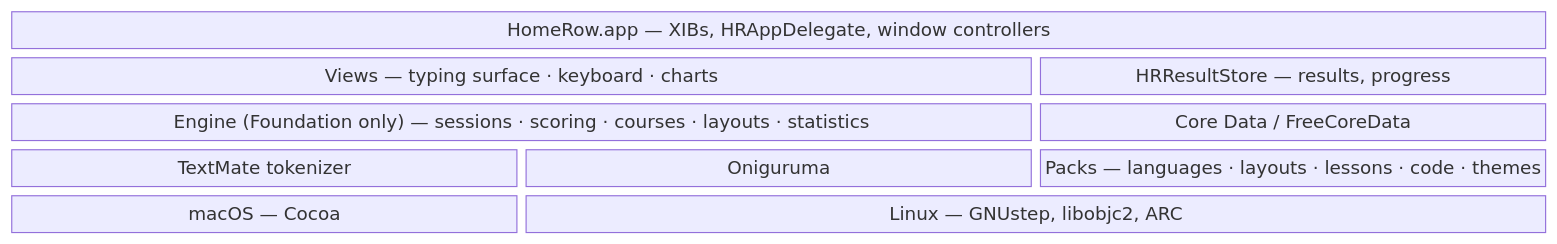
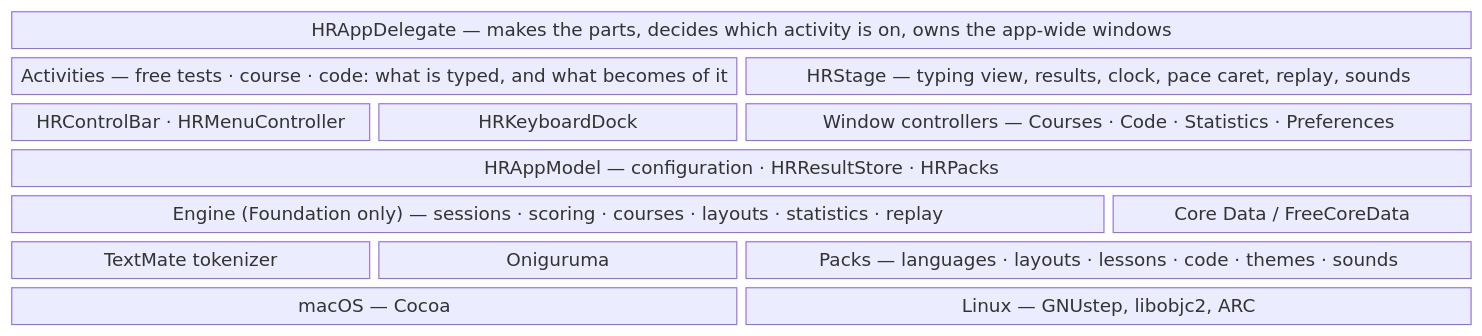
One commit to ashalkhakov/HomeRow changed the diagram in README.md. Above: the diagram before and after it, drawn with Mermaid. The commit also changed other lines of this file and 310 other files, not shown here.

````diff
--- a/README.md
+++ b/README.md
@@ -95,14 +116,18 @@
 ```mermaid
 block-beta
-    columns 3
-    app["HomeRow.app — XIBs, HRAppDelegate, window controllers"]:3
-    views["Views — typing surface · keyboard · charts"]:2
-    store["HRResultStore — results, progress"]
-    engine["Engine (Foundation only) — sessions · scoring · courses · layouts · statistics"]:2
+    columns 4
+    delegate["HRAppDelegate — makes the parts, decides which activity is on, owns the app-wide windows"]:4
+    activities["Activities — free tests · course · code: what is typed, and what becomes of it"]:2
+    stage["HRStage — typing view, results, clock, pace caret, replay, sounds"]:2
+    bar["HRControlBar · HRMenuController"]
+    dock["HRKeyboardDock"]
+    windows["Window controllers — Courses · Code · Statistics · Preferences"]:2
+    model["HRAppModel — configuration · HRResultStore · HRPacks"]:4
+    engine["Engine (Foundation only) — sessions · scoring · courses · layouts · statistics · replay"]:3
     coredata["Core Data / FreeCoreData"]
     textmate["TextMate tokenizer"]
     onig["Oniguruma"]
-    packs["Packs — languages · layouts · lessons · code · themes"]
-    macos["macOS — Cocoa"]:1
+    packs["Packs — languages · layouts · lessons · code · themes · sounds"]:2
+    macos["macOS — Cocoa"]:2
     linux["Linux — GNUstep, libobjc2, ARC"]:2
 ```
````
